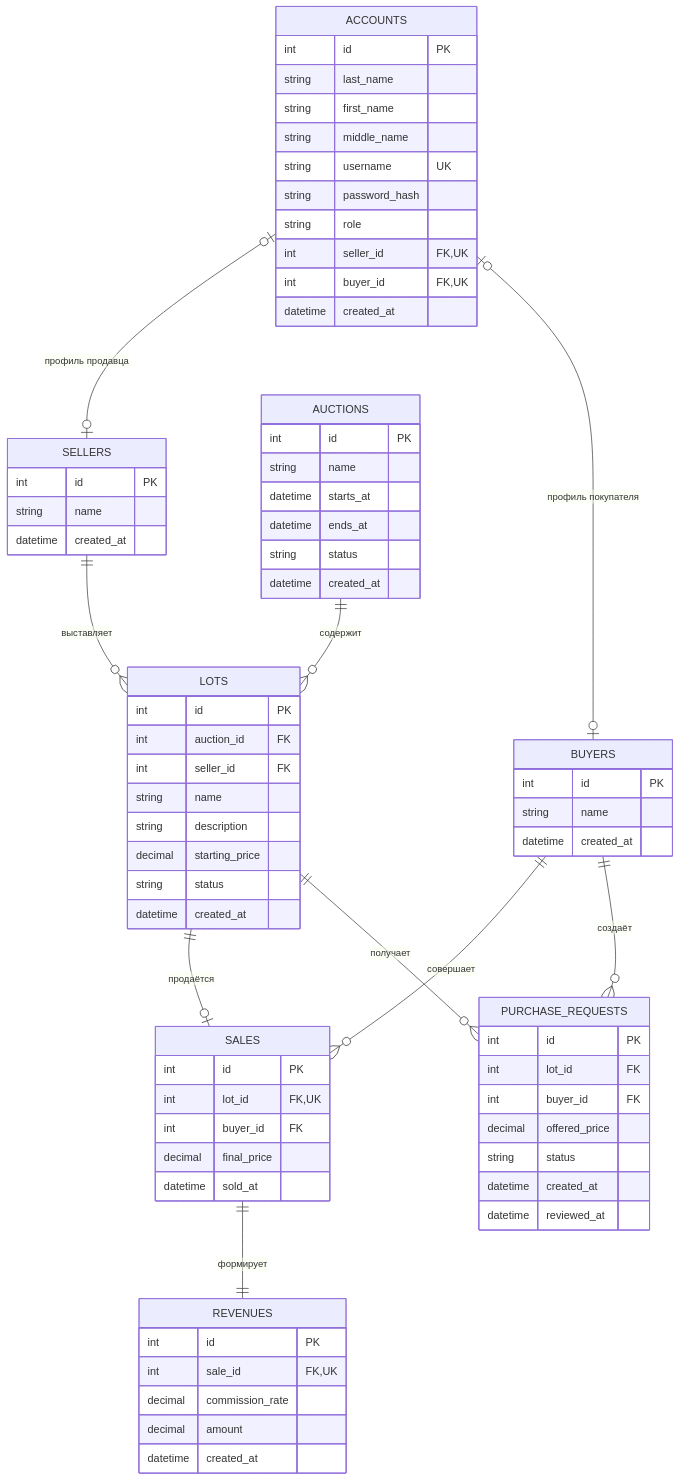
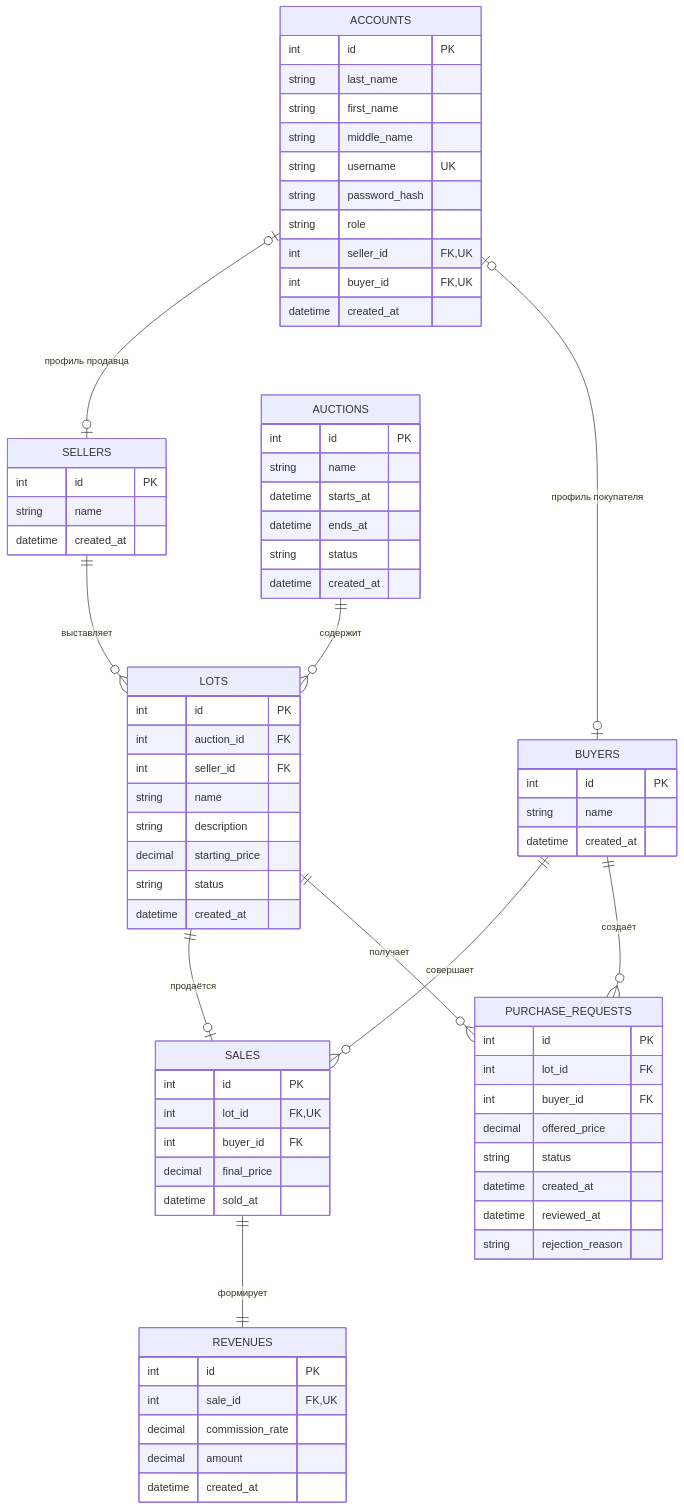
The diagram in README.md (myffyy/auctions), drawn with Mermaid before and after one commit. The commit also changed other lines of this file and 3 other files, not shown here.

```diff
--- a/README.md
+++ b/README.md
@@ -270,6 +288,7 @@
         string status
         datetime created_at
         datetime reviewed_at
+        string rejection_reason
     }
 
     REVENUES {
```
